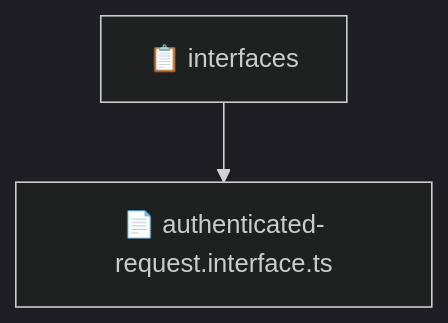
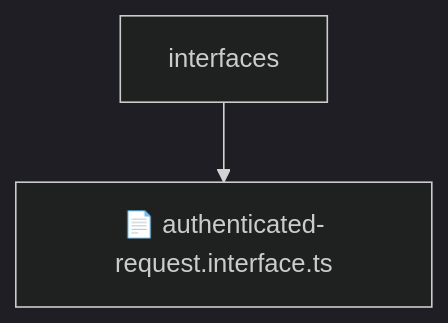
The diagram in backend/src/common/interfaces/README.md (beginwebdev2002/fullstack-mavluda), drawn with Mermaid (dark theme) before and after one commit. The commit also changed other lines of this file and 155 other files, not shown here.

````diff
--- a/backend/src/common/interfaces/README.md
+++ b/backend/src/common/interfaces/README.md
@@ -9,5 +14,5 @@
 ```mermaid
 graph TD
-  Root["📋 interfaces"]
-  Root --> authenticatedrequestinterfacets["📄 authenticated-request.interface.ts"]
+    Root[interfaces]
+    Root --> F0[📄 authenticated-request.interface.ts]
 ```
````
